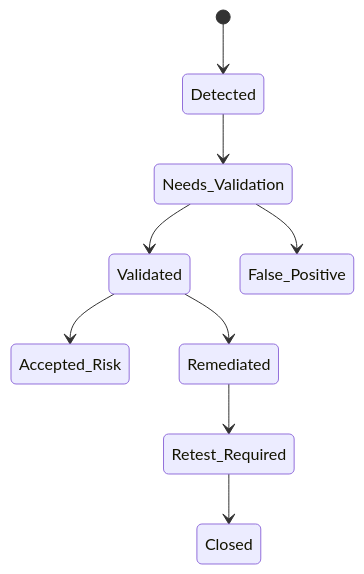
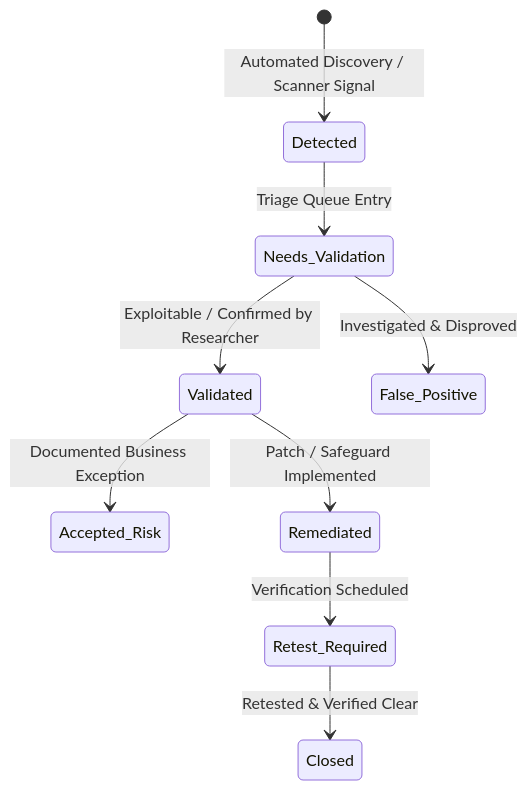
The second of 2 diagrams in docs/architecture.md (Khashana22/khashana-attack-surface-intelligence), drawn with Mermaid before and after one commit. The commit also changed other lines of this file and 11 other files, not shown here.

````diff
--- a/docs/architecture.md
+++ b/docs/architecture.md
@@ -20,11 +57,11 @@
 ```mermaid
 stateDiagram-v2
-  [*] --> Detected
-  Detected --> Needs_Validation
-  Needs_Validation --> Validated
-  Needs_Validation --> False_Positive
-  Validated --> Accepted_Risk
-  Validated --> Remediated
-  Remediated --> Retest_Required
-  Retest_Required --> Closed
+  [*] --> Detected: Automated Discovery / Scanner Signal
+  Detected --> Needs_Validation: Triage Queue Entry
+  Needs_Validation --> Validated: Exploitable / Confirmed by Researcher
+  Needs_Validation --> False_Positive: Investigated & Disproved
+  Validated --> Accepted_Risk: Documented Business Exception
+  Validated --> Remediated: Patch / Safeguard Implemented
+  Remediated --> Retest_Required: Verification Scheduled
+  Retest_Required --> Closed: Retested & Verified Clear
 ```
````
